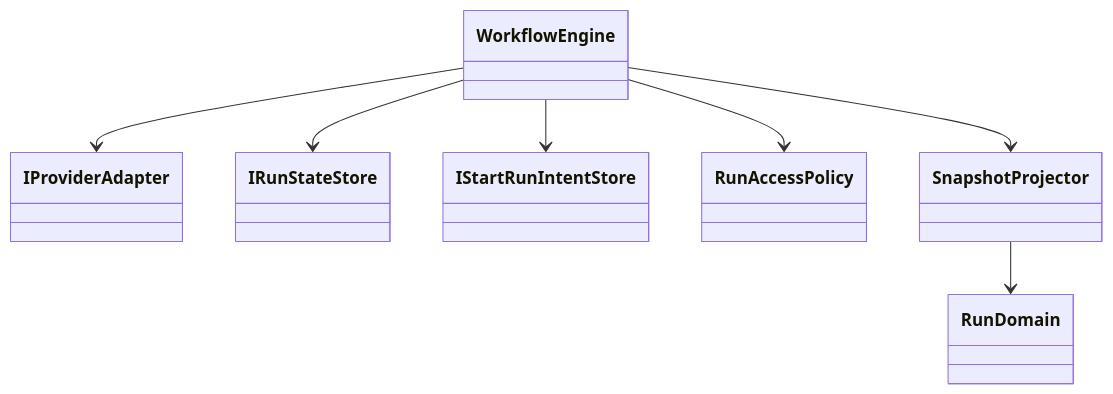
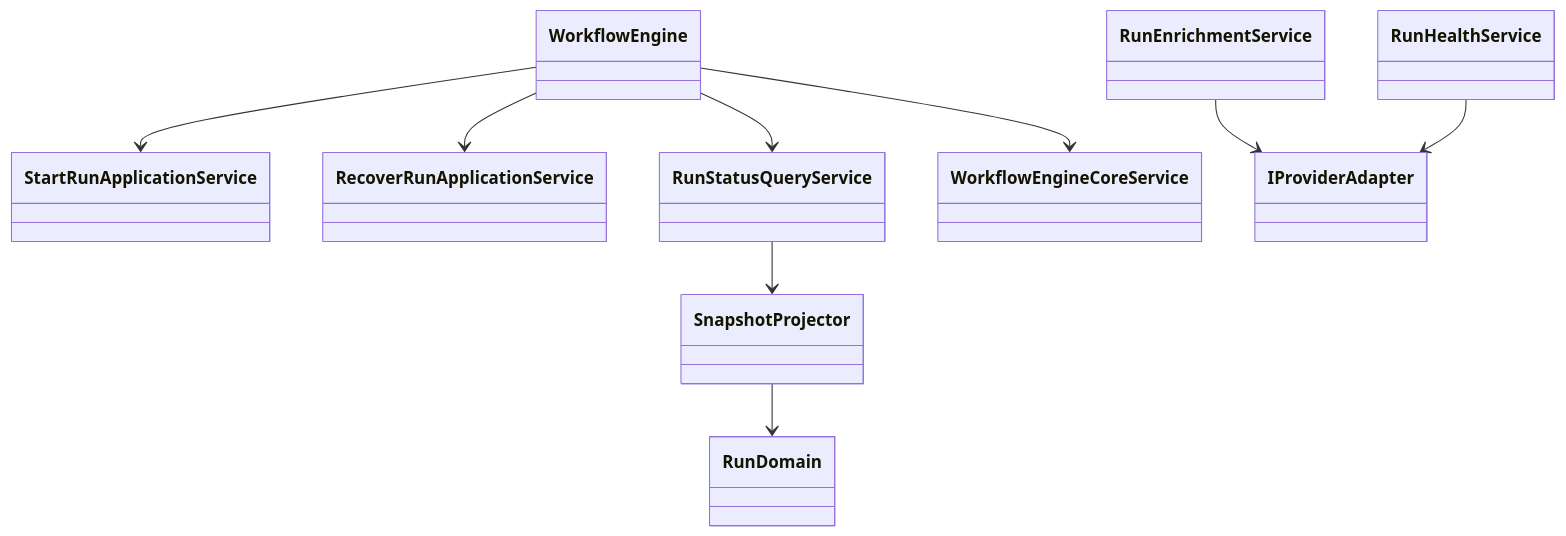
The first of 4 diagrams in docs/architecture/system-delivery-status.md (dunay2/dvt), drawn with Mermaid before and after one commit. The commit also changed other lines of this file and 12 other files, not shown here.

````diff
--- a/docs/architecture/system-delivery-status.md
+++ b/docs/architecture/system-delivery-status.md
@@ -191,9 +191,11 @@
 ```mermaid
 classDiagram
-    WorkflowEngine --> IProviderAdapter
-    WorkflowEngine --> IRunStateStore
-    WorkflowEngine --> IStartRunIntentStore
-    WorkflowEngine --> RunAccessPolicy
-    WorkflowEngine --> SnapshotProjector
+    WorkflowEngine --> StartRunApplicationService
+    WorkflowEngine --> RecoverRunApplicationService
+    WorkflowEngine --> RunStatusQueryService
+    WorkflowEngine --> WorkflowEngineCoreService
+    RunStatusQueryService --> SnapshotProjector
+    RunEnrichmentService --> IProviderAdapter
+    RunHealthService --> IProviderAdapter
     SnapshotProjector --> RunDomain
 ```
````
